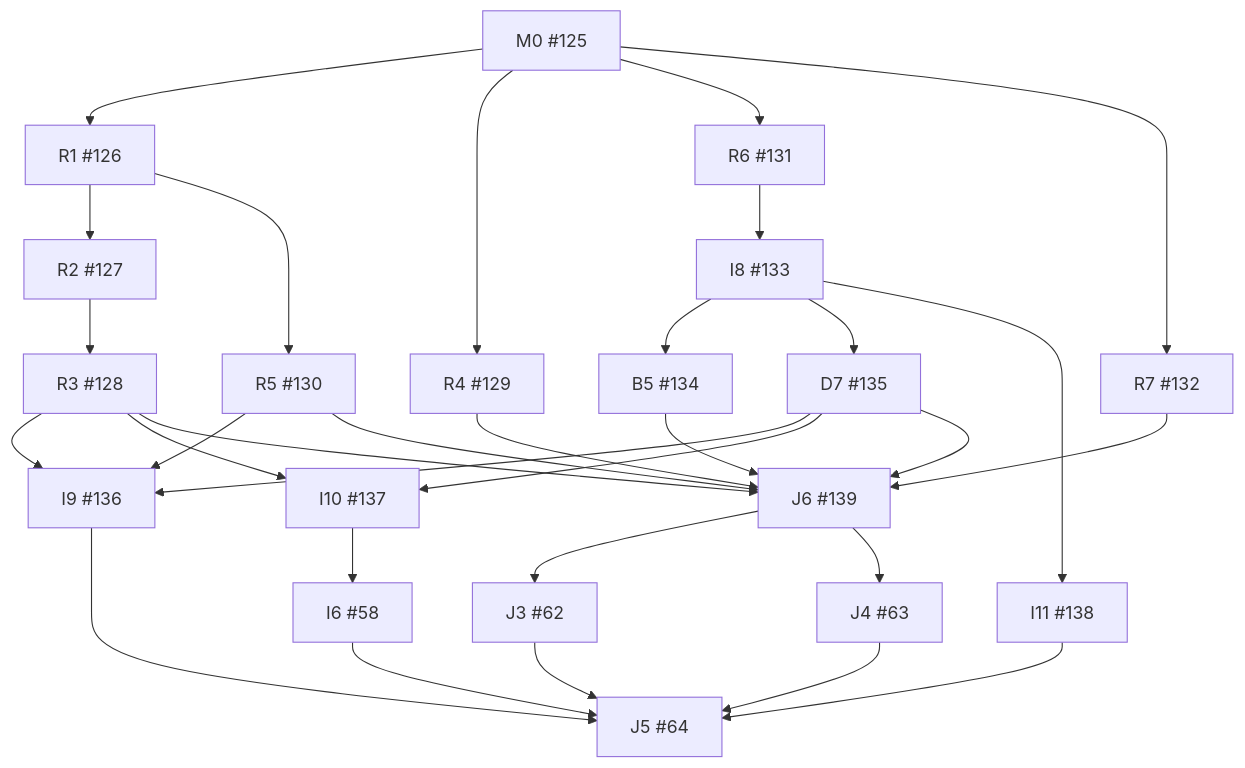
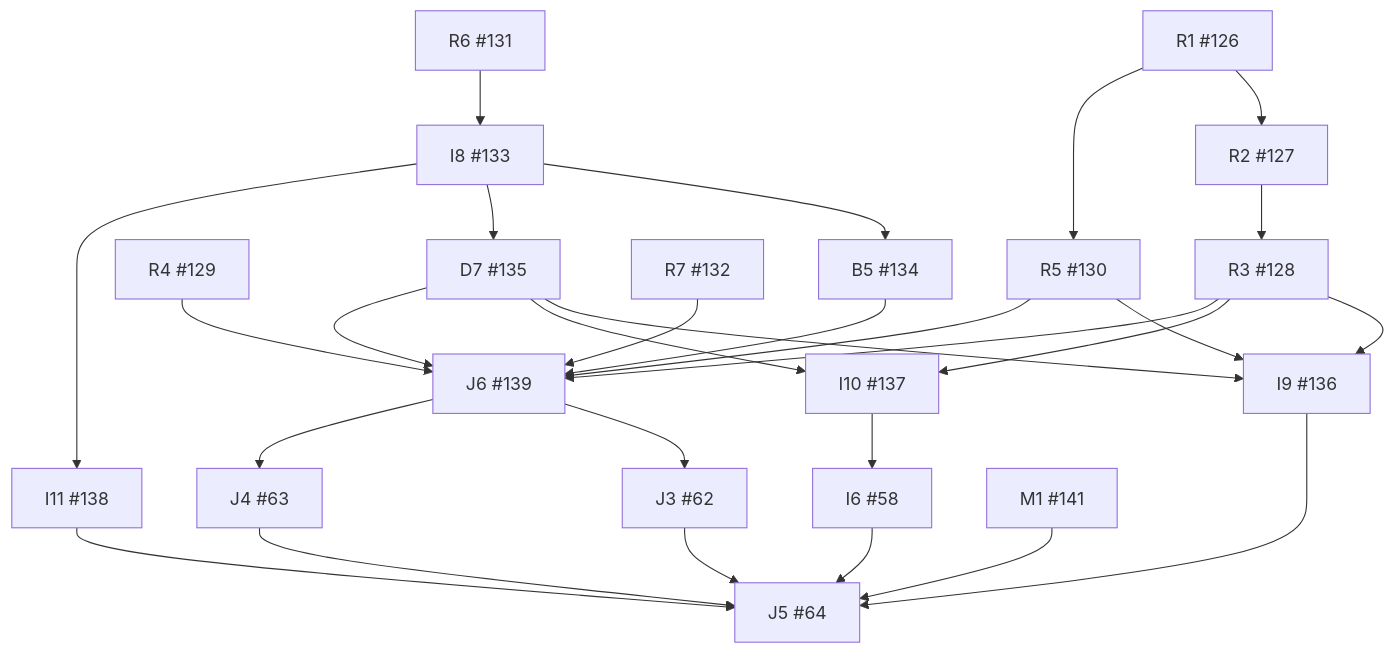
The diagram in docs/implementation/dependency-graph.md (wojtekpiskorz/kiero), drawn with Mermaid before and after one commit. The commit also changed other lines of this file and 8 other files, not shown here.

````diff
--- a/docs/implementation/dependency-graph.md
+++ b/docs/implementation/dependency-graph.md
@@ -9,52 +9,49 @@
 ```mermaid
 flowchart TD
   I6["I6 #58"]
   J3["J3 #62"]
   J4["J4 #63"]
   J5["J5 #64"]
   R1["R1 #126"]
   R2["R2 #127"]
   R3["R3 #128"]
   R4["R4 #129"]
   R5["R5 #130"]
   R6["R6 #131"]
   R7["R7 #132"]
   I8["I8 #133"]
   B5["B5 #134"]
   D7["D7 #135"]
   I9["I9 #136"]
   I10["I10 #137"]
   I11["I11 #138"]
   J6["J6 #139"]
-  M0["M0 #125"]
+  M1["M1 #141"]
   I10 --> I6
   J6 --> J3
   J6 --> J4
   I6 --> J5
   J3 --> J5
   J4 --> J5
   I9 --> J5
   I11 --> J5
-  M0 --> R1
+  M1 --> J5
   R1 --> R2
   R2 --> R3
-  M0 --> R4
   R1 --> R5
-  M0 --> R6
-  M0 --> R7
   R6 --> I8
   I8 --> B5
   I8 --> D7
   R3 --> I9
   D7 --> I9
   R5 --> I9
   R3 --> I10
   D7 --> I10
   I8 --> I11
   R3 --> J6
   R4 --> J6
   R5 --> J6
   R7 --> J6
   D7 --> J6
   B5 --> J6
 ```
````
